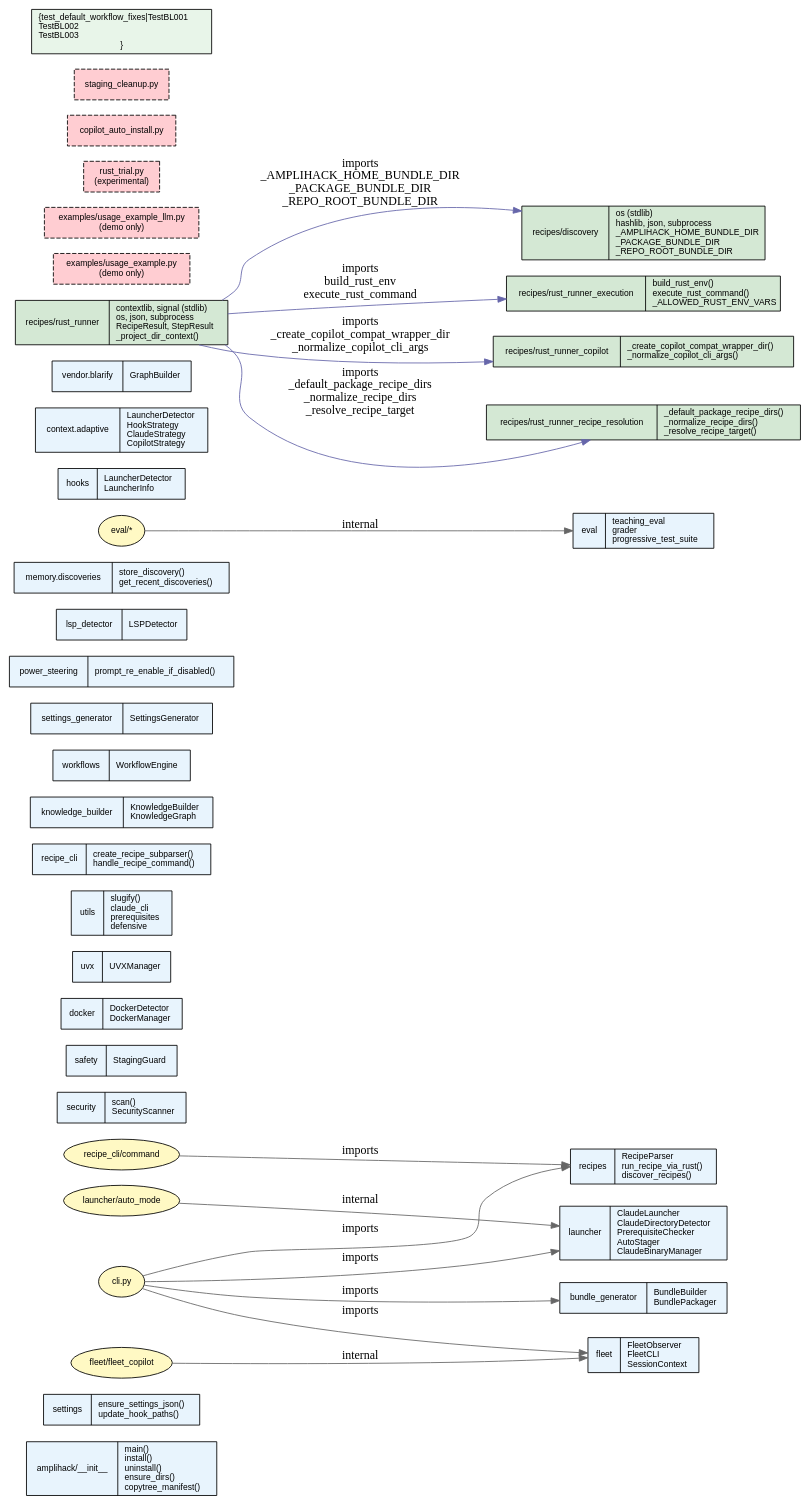
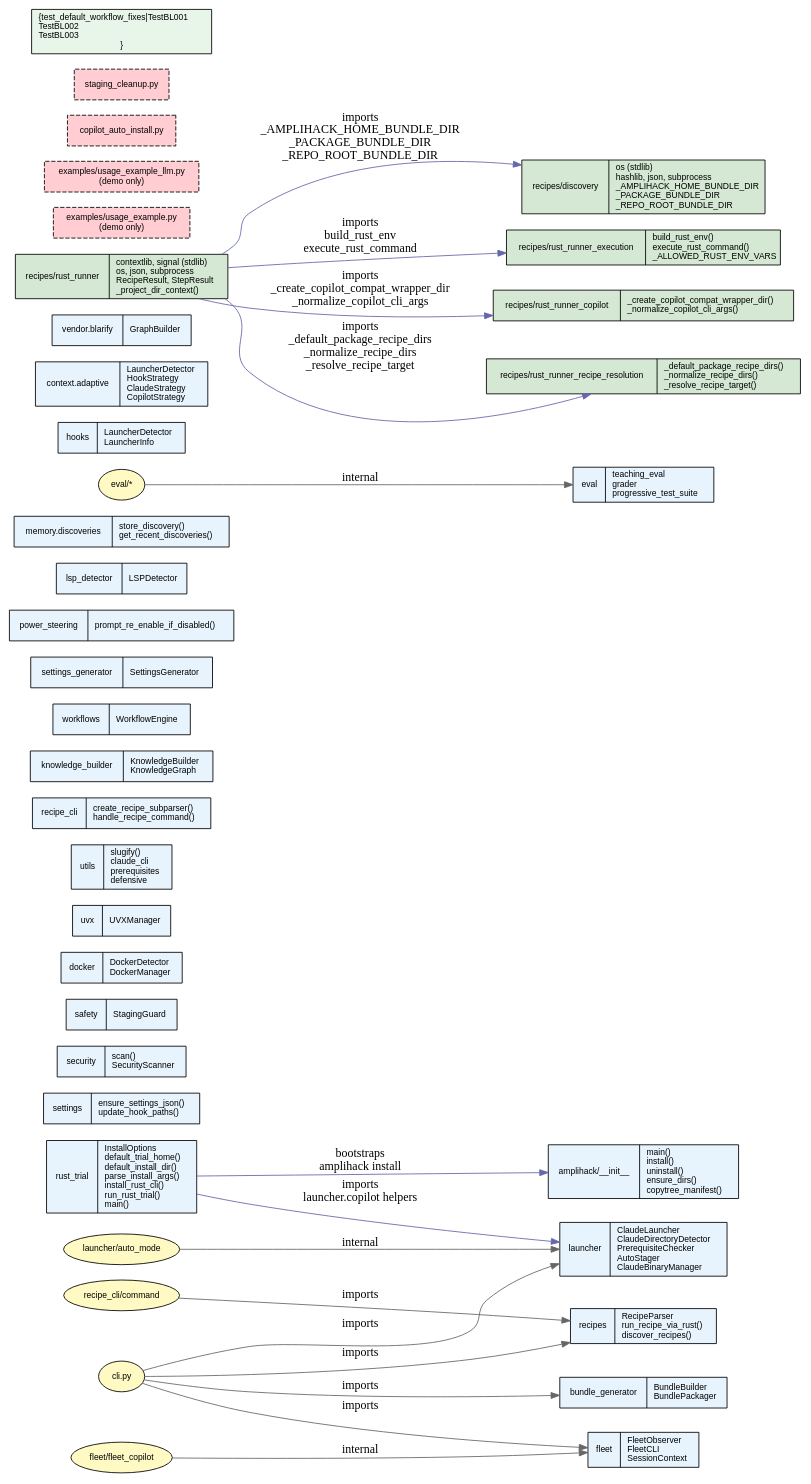
The diagram in docs/atlas/ast-lsp-bindings/ast-lsp-bindings.dot (rysweet/amplihack), drawn with Graphviz before and after one commit. The commit also changed 2 other files, not shown here.

Commit message:
docs(atlas): refresh ast-lsp-bindings for rust_trial

```diff
--- a/docs/atlas/ast-lsp-bindings/ast-lsp-bindings.dot
+++ b/docs/atlas/ast-lsp-bindings/ast-lsp-bindings.dot
@@ -1,75 +1,77 @@
 digraph ast_lsp_bindings {
     rankdir=LR;
     fontname="Helvetica";
     node [fontname="Helvetica", fontsize=10];
     edge [color="#666666"];
 
     // Public API nodes as record shapes
     node [shape=record, style="filled", fillcolor="#e8f4fd"];
 
     amplihack [label="{amplihack/__init__|main()\linstall()\luninstall()\lensure_dirs()\lcopytree_manifest()\l}"];
     settings [label="{settings|ensure_settings_json()\lupdate_hook_paths()\l}"];
     launcher [label="{launcher|ClaudeLauncher\lClaudeDirectoryDetector\lPrerequisiteChecker\lAutoStager\lClaudeBinaryManager\l}"];
     security [label="{security|scan()\lSecurityScanner\l}"];
     safety [label="{safety|StagingGuard\l}"];
     docker [label="{docker|DockerDetector\lDockerManager\l}"];
     uvx [label="{uvx|UVXManager\l}"];
     utils [label="{utils|slugify()\lclaude_cli\lprerequisites\ldefensive\l}"];
     recipes [label="{recipes|RecipeParser\lrun_recipe_via_rust()\ldiscover_recipes()\l}"];
     recipe_cli [label="{recipe_cli|create_recipe_subparser()\lhandle_recipe_command()\l}"];
     fleet [label="{fleet|FleetObserver\lFleetCLI\lSessionContext\l}"];
     knowledge [label="{knowledge_builder|KnowledgeBuilder\lKnowledgeGraph\l}"];
     bundle [label="{bundle_generator|BundleBuilder\lBundlePackager\l}"];
     workflows [label="{workflows|WorkflowEngine\l}"];
     settings_gen [label="{settings_generator|SettingsGenerator\l}"];
+    rust_trial [label="{rust_trial|InstallOptions\ldefault_trial_home()\ldefault_install_dir()\lparse_install_args()\linstall_rust_cli()\lrun_rust_trial()\lmain()\l}"];
     power [label="{power_steering|prompt_re_enable_if_disabled()\l}"];
     lsp [label="{lsp_detector|LSPDetector\l}"];
     memory [label="{memory.discoveries|store_discovery()\lget_recent_discoveries()\l}"];
     eval_pkg [label="{eval|teaching_eval\lgrader\lprogressive_test_suite\l}"];
     hooks [label="{hooks|LauncherDetector\lLauncherInfo\l}"];
     context [label="{context.adaptive|LauncherDetector\lHookStrategy\lClaudeStrategy\lCopilotStrategy\l}"];
     vendor [label="{vendor.blarify|GraphBuilder\l}"];
 
     // Cross-package imports
     node [shape=ellipse, style="filled", fillcolor="#fff9c4"];
     cli [label="cli.py"];
     auto_mode [label="launcher/auto_mode"];
     fleet_copilot [label="fleet/fleet_copilot"];
     recipe_cmd [label="recipe_cli/command"];
     eval_harness [label="eval/*"];
 
     cli -> launcher [label="imports"];
     cli -> fleet [label="imports"];
     cli -> recipes [label="imports"];
     cli -> bundle [label="imports"];
+    rust_trial -> launcher [label="imports\nlauncher.copilot helpers", color="#6666aa"];
+    rust_trial -> amplihack [label="bootstraps\namplihack install", color="#6666aa"];
 
     auto_mode -> launcher [label="internal"];
     fleet_copilot -> fleet [label="internal"];
     recipe_cmd -> recipes [label="imports"];
     eval_harness -> eval_pkg [label="internal"];
 
     // Intra-module: recipes/rust_runner -> recipes/discovery
     node [shape=record, style="filled", fillcolor="#d4e8d4"];
     rust_runner [label="{recipes/rust_runner|contextlib, signal (stdlib)\los, json, subprocess\lRecipeResult, StepResult\l_project_dir_context()\l}"];
     discovery_mod [label="{recipes/discovery|os (stdlib)\lhashlib, json, subprocess\l_AMPLIHACK_HOME_BUNDLE_DIR\l_PACKAGE_BUNDLE_DIR\l_REPO_ROOT_BUNDLE_DIR\l}"];
 
     rust_runner_exec [label="{recipes/rust_runner_execution|build_rust_env()\lexecute_rust_command()\l_ALLOWED_RUST_ENV_VARS\l}"];
     rust_runner_copilot [label="{recipes/rust_runner_copilot|_create_copilot_compat_wrapper_dir()\l_normalize_copilot_cli_args()\l}"];
     rust_runner_resolution [label="{recipes/rust_runner_recipe_resolution|_default_package_recipe_dirs()\l_normalize_recipe_dirs()\l_resolve_recipe_target()\l}"];
 
     rust_runner -> discovery_mod [label="imports\n_AMPLIHACK_HOME_BUNDLE_DIR\n_PACKAGE_BUNDLE_DIR\n_REPO_ROOT_BUNDLE_DIR", color="#6666aa"]; // pragma: allowlist secret
     rust_runner -> rust_runner_exec [label="imports\nbuild_rust_env\nexecute_rust_command", color="#6666aa"];
     rust_runner -> rust_runner_copilot [label="imports\n_create_copilot_compat_wrapper_dir\n_normalize_copilot_cli_args", color="#6666aa"];
     rust_runner -> rust_runner_resolution [label="imports\n_default_package_recipe_dirs\n_normalize_recipe_dirs\n_resolve_recipe_target", color="#6666aa"];
     // Dead code candidates
     node [shape=box, style="dashed,filled", fillcolor="#ffcdd2"];
     dead1 [label="examples/usage_example.py\n(demo only)"];
     dead2 [label="examples/usage_example_llm.py\n(demo only)"];
-    dead3 [label="rust_trial.py\n(experimental)"];
     dead4 [label="copilot_auto_install.py"];
     dead5 [label="staging_cleanup.py"];
 
     // Test modules (bootstrap detection)
     node [shape=box, style="filled", fillcolor="#e8f5e9"];
     test_wf [label="{test_default_workflow_fixes|TestBL001\lTestBL002\lTestBL003\l}"];
 }
```
